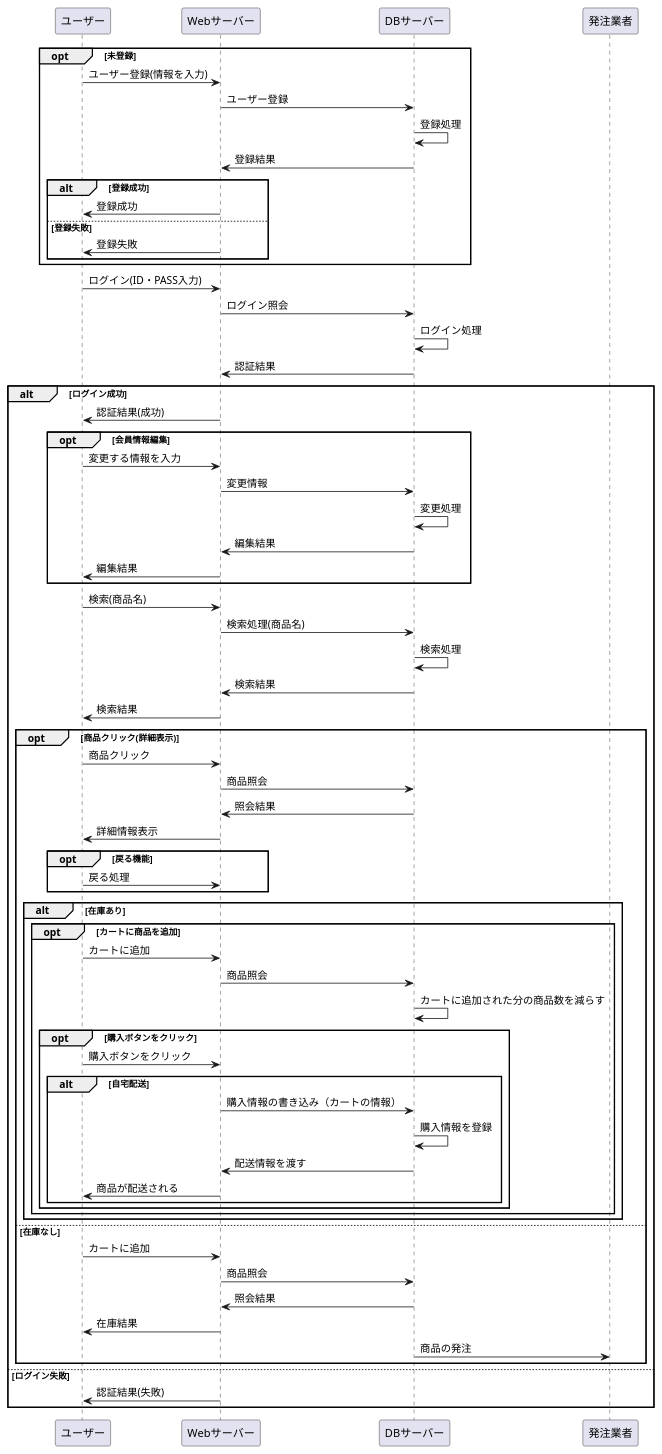
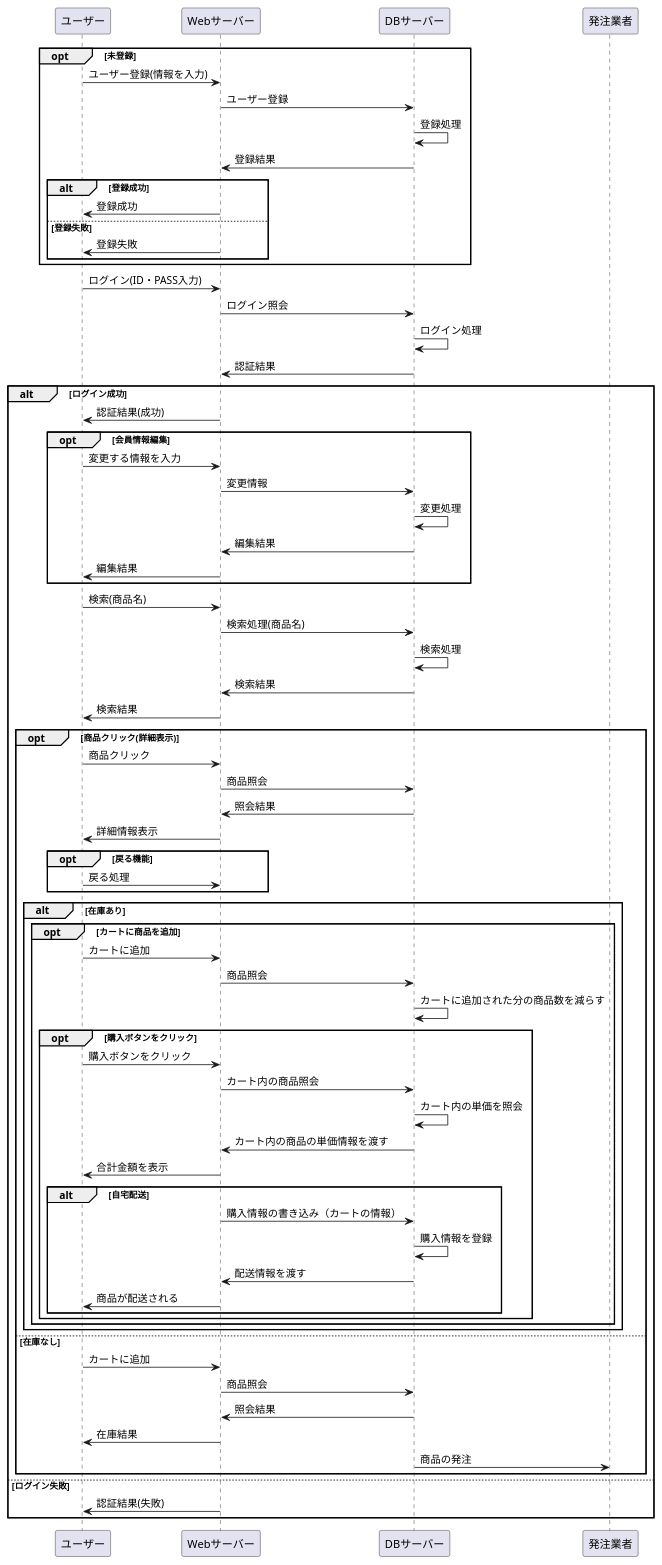
One commit to Aso2001227/Aso-Sports-1 changed the diagram in 設計書/02_業務フロー/business-flow-check.md. Above: the diagram before and after it, drawn with PlantUML.

```diff
--- a/設計書/02_業務フロー/business-flow-check.md
+++ b/設計書/02_業務フロー/business-flow-check.md
@@ -58,6 +58,10 @@
 
 opt 購入ボタンをクリック
 ユーザー -> Webサーバー : 購入ボタンをクリック
+Webサーバー -> DBサーバー : カート内の商品照会
+DBサーバー -> DBサーバー : カート内の単価を照会
+DBサーバー -> Webサーバー :カート内の商品の単価情報を渡す
+Webサーバー -> ユーザー:合計金額を表示
 alt 自宅配送
 Webサーバー -> DBサーバー :購入情報の書き込み（カートの情報）
 DBサーバー -> DBサーバー :購入情報を登録
```
